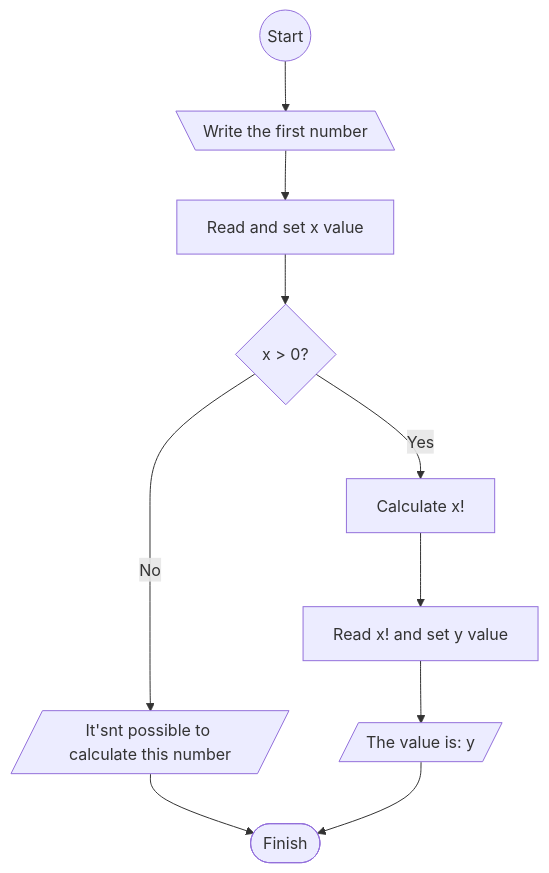
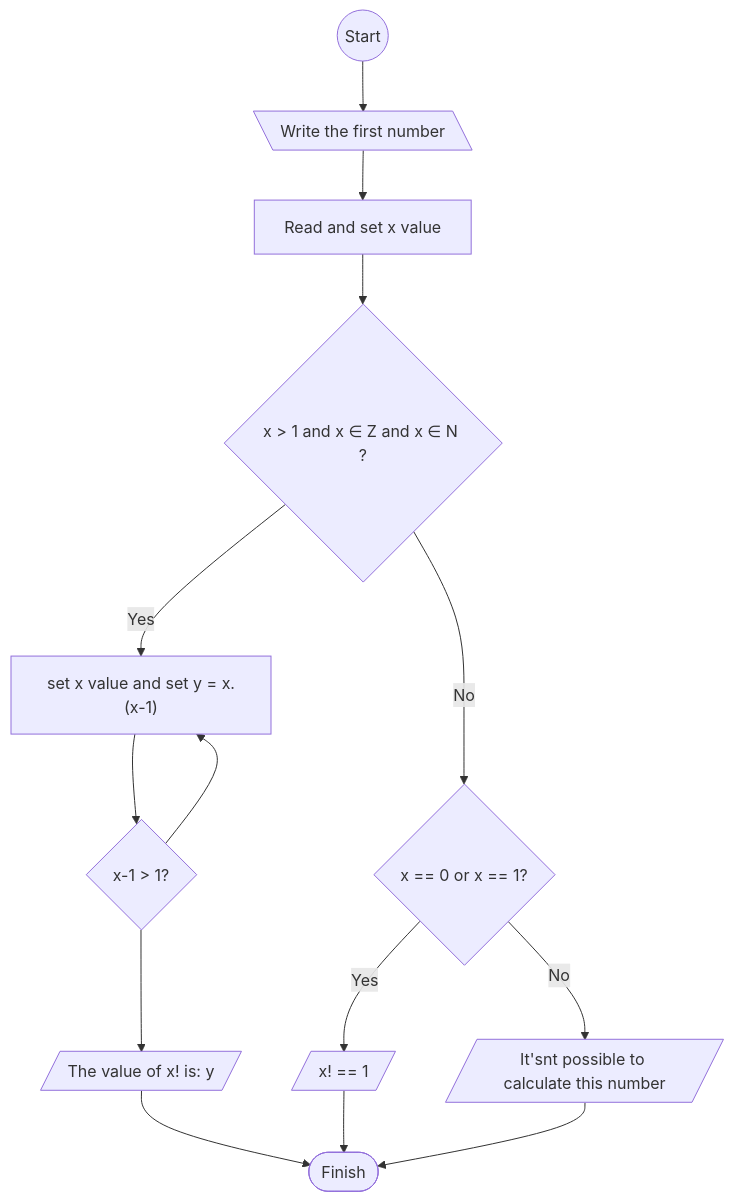
One commit to AndreLucas0/aula-LP changed the eighth of 9 diagrams in Listas de Exercícios/LP_Lista_01/README.md. Above: the diagram before and after it, drawn with Mermaid. The commit also changed other lines of this file, not shown here.

````diff
--- a/Listas de Exercícios/LP_Lista_01/README.md
+++ b/Listas de Exercícios/LP_Lista_01/README.md
@@ -133,13 +133,17 @@
    ```mermaid
    flowchart TD
       Start((Start)) --> input1[\ Write the first number \]
       input1 --> value1[ Read and set x value ]
-      value1 --> verification1{ x > 0? }
-      verification1 --> |No| A[/ It'snt possible to calculate this number /]
-      verification1 --> |Yes| B[ Calculate x! ]
-      B --> value2[Read x! and set y value]
-      value2 --> C[/ The value is: y /]
-      A --> finish([ Finish ])
+      value1 --> verification1{ x > 1 and x ∈ Z and x ∈ N ? }
+      verification1 --> |No| A{x == 0 or x == 1?}
+      verification1 --> |Yes| B["set x value and set y = x.(x-1) "]
+      A --> |No| C[/It'snt possible to calculate this number/]
+      A --> |Yes| D[/ x! == 1 /]
+      B --> verification2{x-1 > 1?}
+      verification2 --> B
+      verification2 --> E[/The value of x! is: y/]
+      E --> finish([Finish])
+      D --> finish
       C --> finish
 
    ```
````
